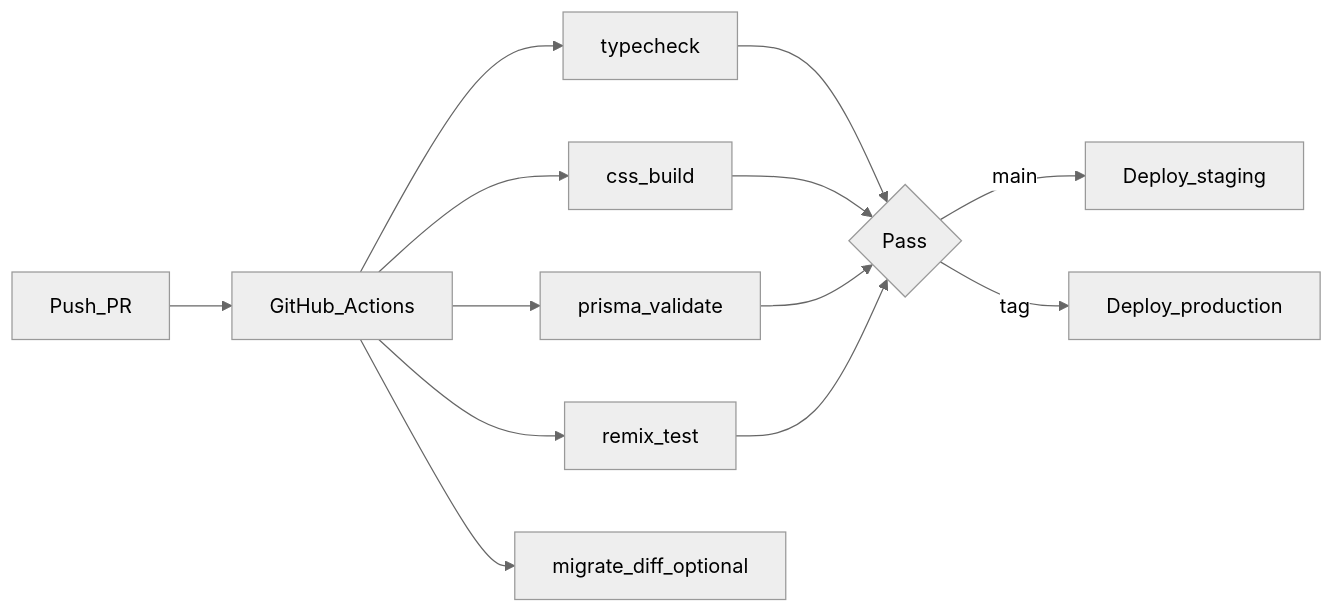
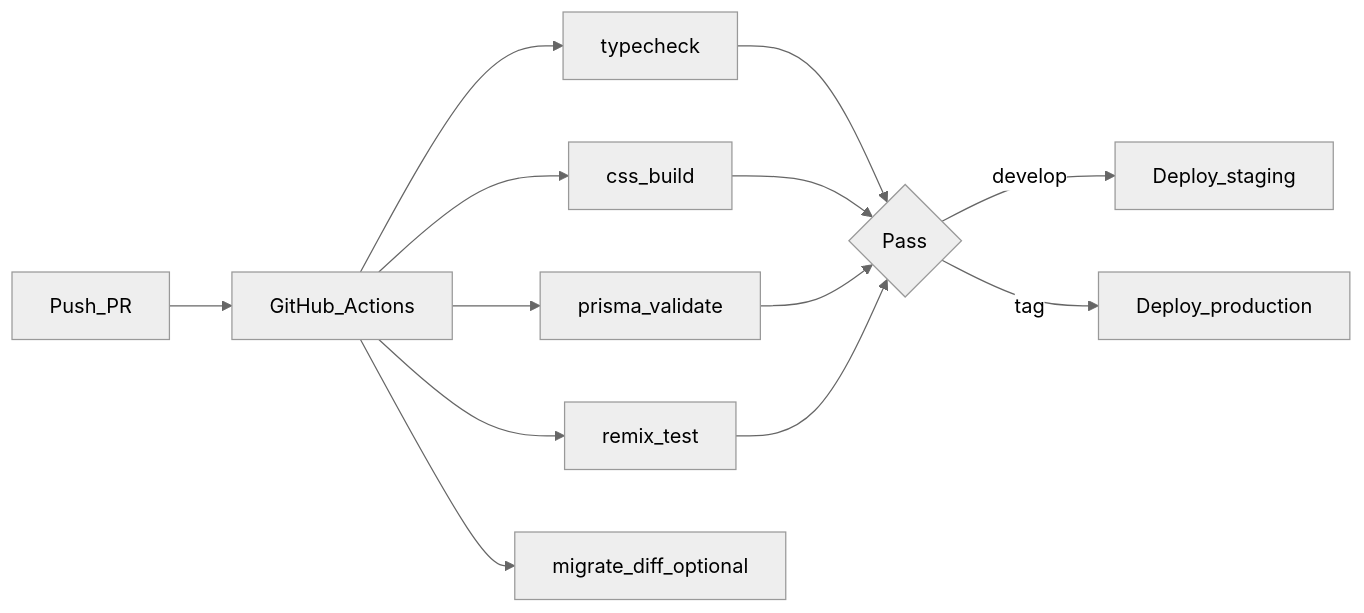
Before and after one commit to Inoeng85/invoicing-agentic: the ninth of 10 diagrams in docs/invoicing/ARCHITECTURE.md, drawn with Mermaid (neutral theme). The commit also changed other lines of this file and 1061 other files, not shown here.

````diff
--- a/docs/invoicing/ARCHITECTURE.md
+++ b/docs/invoicing/ARCHITECTURE.md
@@ -448,15 +448,15 @@
 ```mermaid
 flowchart LR
   Push[Push_PR] --> CI[GitHub_Actions]
   CI --> Lint[typecheck]
   CI --> CSS[css_build]
   CI --> DB[prisma_validate]
   CI --> Test[remix_test]
   CI --> MigrateCheck[migrate_diff_optional]
   Lint --> Gate{Pass}
   CSS --> Gate
   DB --> Gate
   Test --> Gate
-  Gate -->|main| DeployStaging[Deploy_staging]
+  Gate -->|develop| DeployStaging[Deploy_staging]
   Gate -->|tag| DeployProd[Deploy_production]
 ```
````
